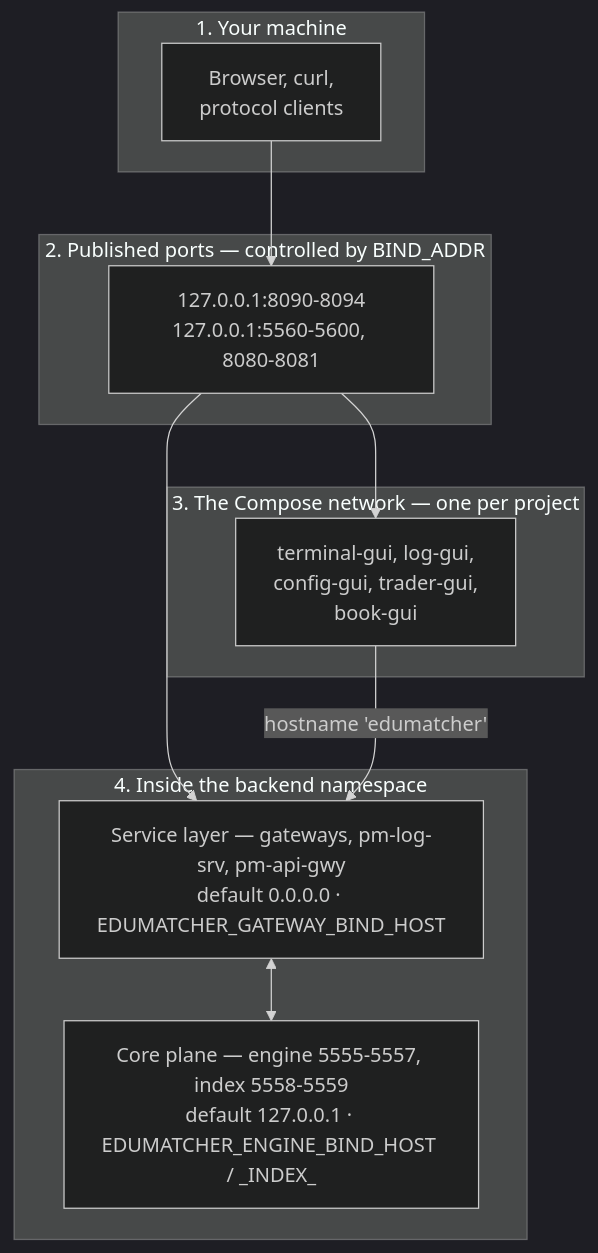
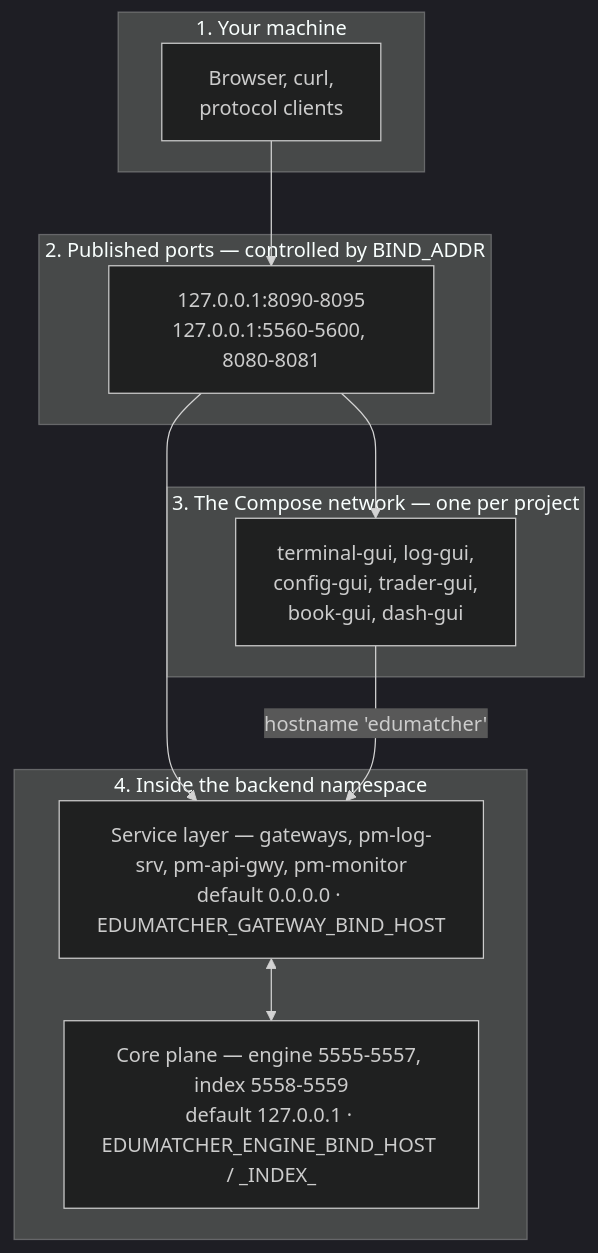
The third of 8 diagrams in docs/books/architecture-and-development/part-4-developing/050-containers-and-networks.md (johan162/EduMatcher), drawn with Mermaid (dark theme) before and after one commit. The commit also changed other lines of this file and 428 other files, not shown here.

Commit message:
Added exchange health monitor pm-monitor. New operator exchange status GUI Dashboard pm-dash. Also improved all Web-application documentations with screenshots.

````diff
--- a/docs/books/architecture-and-development/part-4-developing/050-containers-and-networks.md
+++ b/docs/books/architecture-and-development/part-4-developing/050-containers-and-networks.md
@@ -185,22 +188,22 @@
 ```mermaid
 flowchart TB
     subgraph L1["1. Your machine"]
         BR["Browser, curl,\nprotocol clients"]
     end
     subgraph L2["2. Published ports — controlled by BIND_ADDR"]
-        P["127.0.0.1:8090-8094\n127.0.0.1:5560-5600, 8080-8081"]
+        P["127.0.0.1:8090-8095\n127.0.0.1:5560-5600, 8080-8081"]
     end
     subgraph L3["3. The Compose network — one per project"]
-        G["terminal-gui, log-gui,\nconfig-gui, trader-gui,\nbook-gui"]
+        G["terminal-gui, log-gui,\nconfig-gui, trader-gui,\nbook-gui, dash-gui"]
     end
     subgraph L4["4. Inside the backend namespace"]
-        GW["Service layer — gateways, pm-log-srv, pm-api-gwy\ndefault 0.0.0.0 · EDUMATCHER_GATEWAY_BIND_HOST"]
+        GW["Service layer — gateways, pm-log-srv, pm-api-gwy, pm-monitor\ndefault 0.0.0.0 · EDUMATCHER_GATEWAY_BIND_HOST"]
         BUS["Core plane — engine 5555-5557, index 5558-5559\ndefault 127.0.0.1 · EDUMATCHER_ENGINE_BIND_HOST / _INDEX_"]
     end
 
     BR --> P
     P --> G
     P --> GW
     G -->|"hostname 'edumatcher'"| GW
     GW <--> BUS
 ```
````
